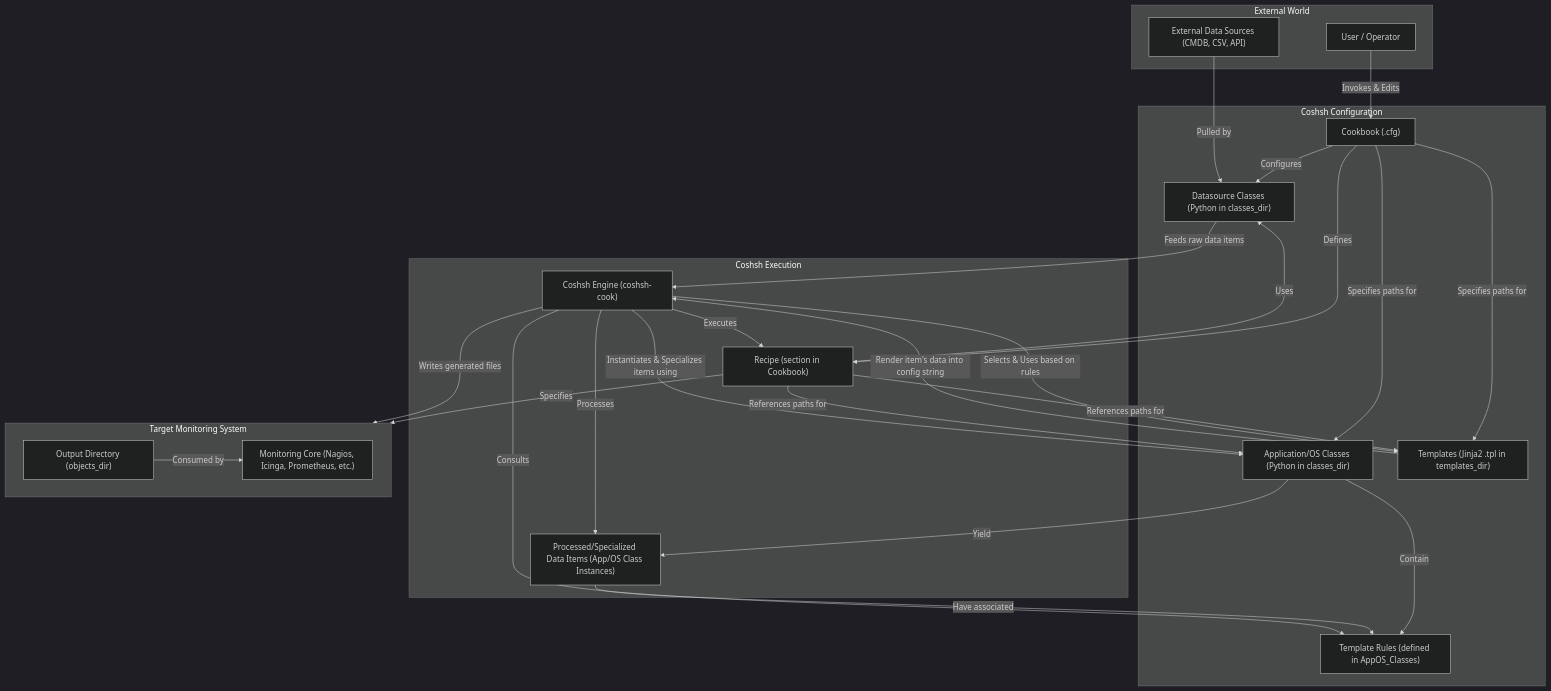
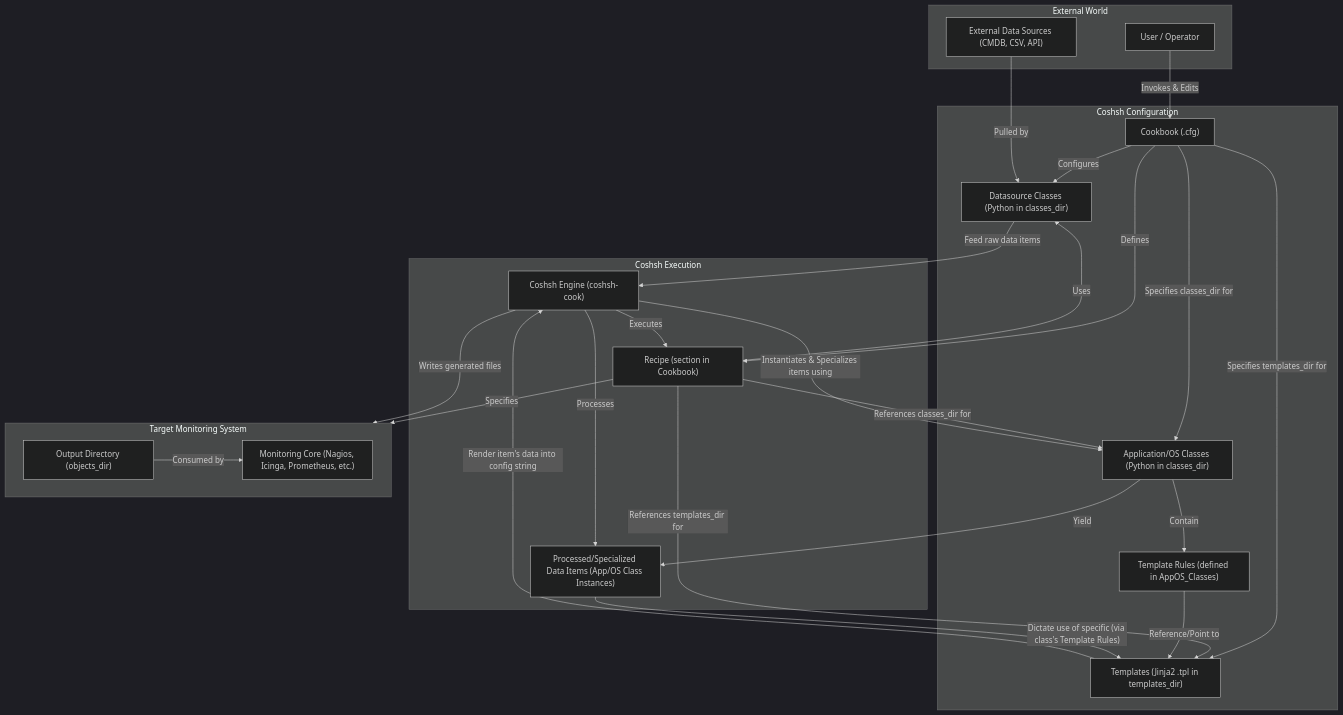
One commit to lausser/coshsh changed the diagram in coshsh_principle_diagram.md. Above: the diagram before and after it, drawn with Mermaid (dark theme).

Commit message:
I've updated `coshsh_principle_diagram.md` to more clearly show that Application/OS Classes contain Template Rules, which in turn reference/point to the .tpl Template files. The Coshsh Engine then uses these rules from the processed items to select the appropriate templates for rendering.

````diff
--- a/coshsh_principle_diagram.md
+++ b/coshsh_principle_diagram.md
@@ -1,55 +1,55 @@
 ```mermaid
 graph TD
-    subgraph External World
+    subgraph ExternalWorld["External World"]
         ExtData["External Data Sources (CMDB, CSV, API)"]
         User["User / Operator"]
     end
 
     subgraph CoshshConfiguration["Coshsh Configuration"]
         Cookbook["Cookbook (.cfg)"]
         DS_Classes["Datasource Classes (Python in classes_dir)"]
         AppOS_Classes["Application/OS Classes (Python in classes_dir)"]
         TRules["Template Rules (defined in AppOS_Classes)"]
         Templates["Templates (Jinja2 .tpl in templates_dir)"]
     end
 
     subgraph CoshshExecution["Coshsh Execution"]
         Engine["Coshsh Engine (coshsh-cook)"]
         Recipe["Recipe (section in Cookbook)"]
         ProcessedItems["Processed/Specialized Data Items (App/OS Class Instances)"]
     end
 
     subgraph MonitoringSystem["Target Monitoring System"]
         direction LR
         Output["Output Directory (objects_dir)"]
         MonitoringCore["Monitoring Core (Nagios, Icinga, Prometheus, etc.)"]
     end
 
     User -- Invokes & Edits --> Cookbook
     Cookbook -- Defines --> Recipe
     Cookbook -- Configures --> DS_Classes
-    Cookbook -- Specifies paths for --> AppOS_Classes
-    Cookbook -- Specifies paths for --> Templates
+    Cookbook -- "Specifies classes_dir for" --> AppOS_Classes
+    Cookbook -- "Specifies templates_dir for" --> Templates
 
     Recipe -- Uses --> DS_Classes
-    Recipe -- References paths for --> AppOS_Classes
-    Recipe -- References paths for --> Templates
+    Recipe -- "References classes_dir for" --> AppOS_Classes
+    Recipe -- "References templates_dir for" --> Templates
     Recipe -- Specifies --> Output
 
     ExtData -- Pulled by --> DS_Classes
-    DS_Classes -- Feeds raw data items --> Engine
+    DS_Classes -- "Feed raw data items" --> Engine
 
     Engine -- Executes --> Recipe
     Engine -- "Instantiates & Specializes items using" --> AppOS_Classes
     AppOS_Classes -- "Contain" --> TRules
     AppOS_Classes -- "Yield" --> ProcessedItems
 
+    TRules -- "Reference/Point to" --> Templates
+
     Engine -- "Processes" --> ProcessedItems
-    ProcessedItems -- "Have associated" --> TRules
-    Engine -- "Consults" --> TRules
-    Engine -- "Selects & Uses based on rules" --> Templates
+    ProcessedItems -- "Dictate use of specific (via class's Template Rules)" --> Templates
 
     Templates -- "Render item's data into config string" --> Engine
     Engine -- "Writes generated files" --> Output
     Output -- "Consumed by" --> MonitoringCore
 ```
````
